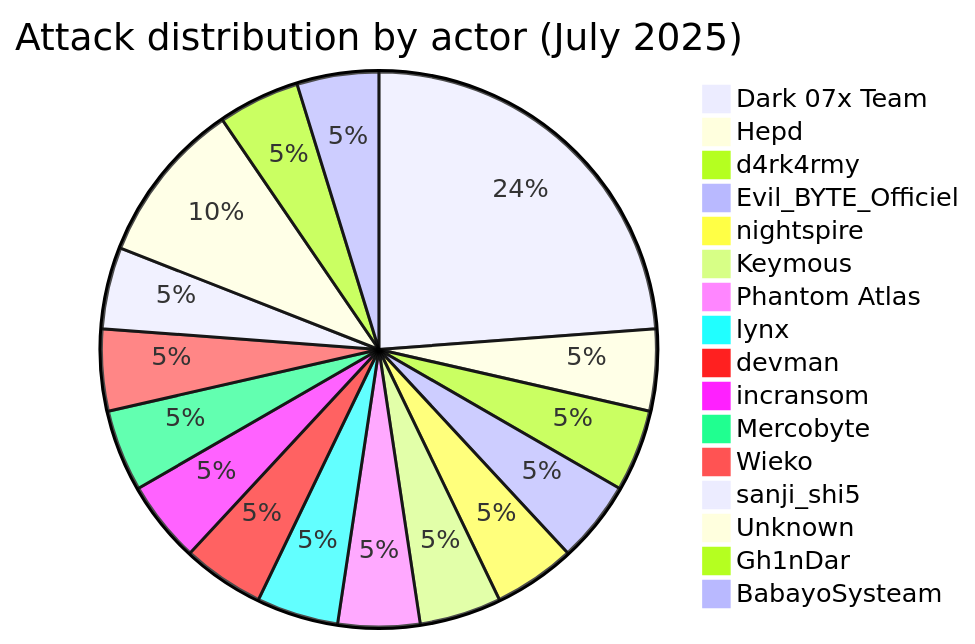
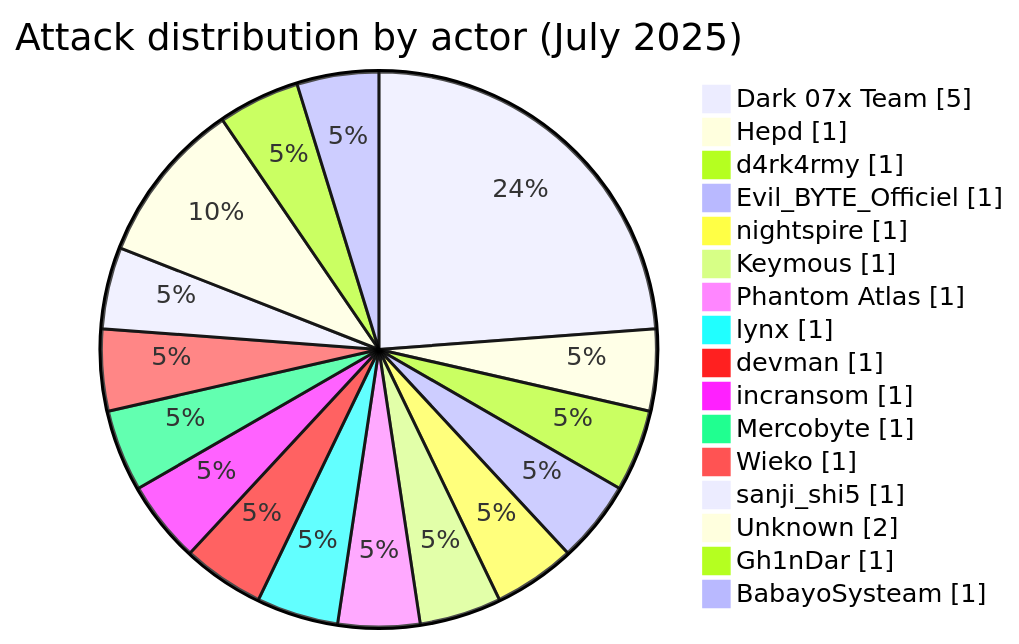
One commit to Hatchepsoute/AFRINTEL changed the first of 7 diagrams in CyberAttackAfrica/2025/07-july/README.md. Above: the diagram before and after it, drawn with Mermaid. The commit also changed other lines of this file and 182 other files, not shown here.

````diff
--- a/CyberAttackAfrica/2025/07-july/README.md
+++ b/CyberAttackAfrica/2025/07-july/README.md
@@ -42,19 +44,20 @@
 ```mermaid
-pie title Attack distribution by actor (July 2025)
+pie showData
+    title Attack distribution by actor (July 2025)
     "Dark 07x Team" : 5
     "Hepd" : 1
     "d4rk4rmy" : 1
     "Evil_BYTE_Officiel" : 1
     "nightspire" : 1
     "Keymous" : 1
     "Phantom Atlas" : 1
     "lynx" : 1
     "devman" : 1
     "incransom" : 1
     "Mercobyte" : 1
     "Wieko" : 1
     "sanji_shi5" : 1
     "Unknown" : 2
     "Gh1nDar" : 1
     "BabayoSysteam" : 1
 ```
````
